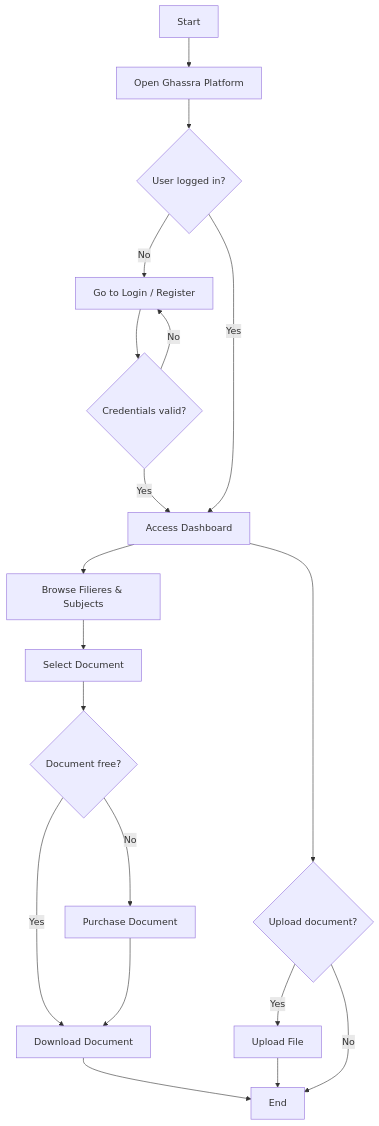
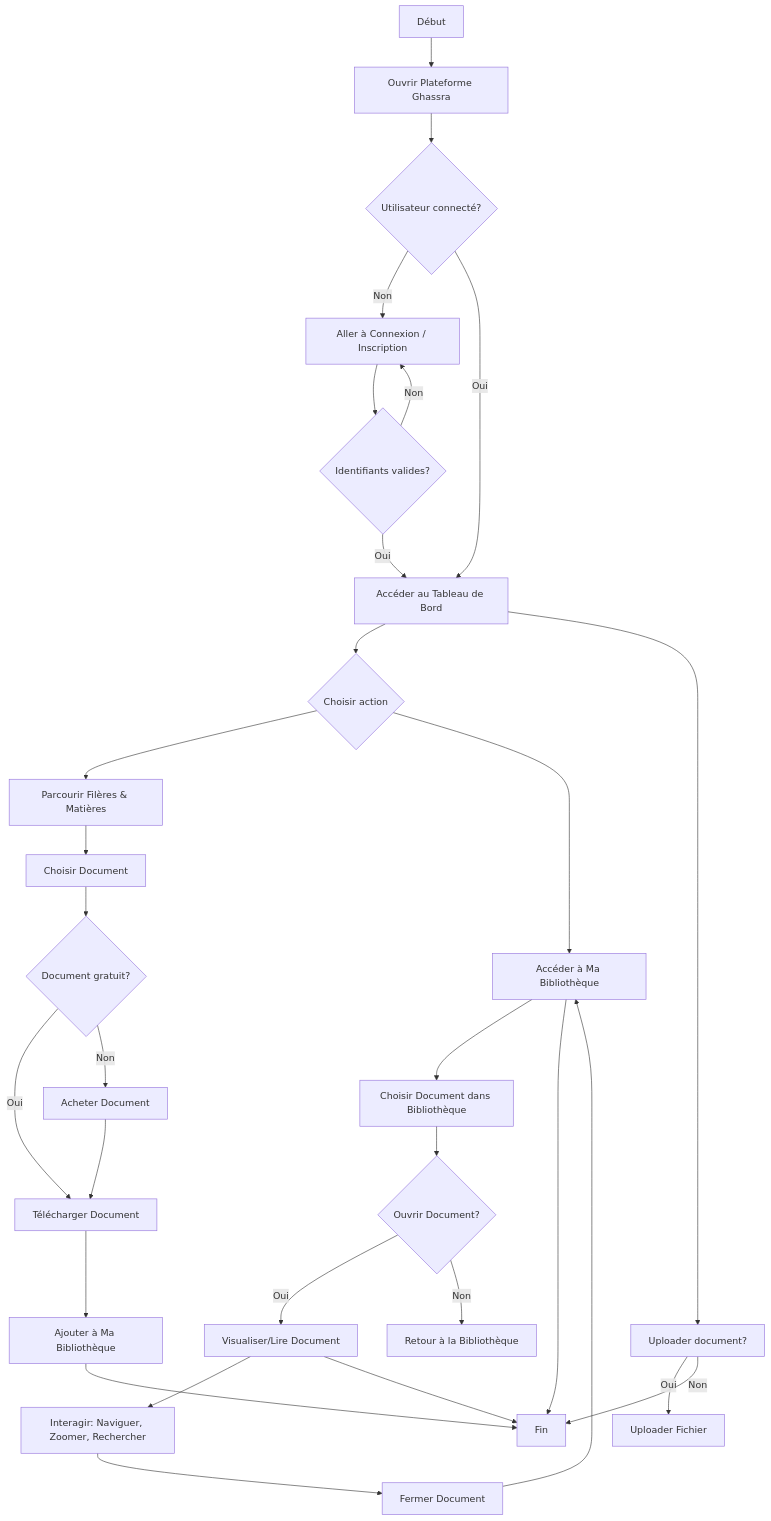
Before and after one commit to quinn618/WebProject: the diagram in conception/activity.md, drawn with Mermaid.

Commit message:
Update flowchart in activity diagram

````diff
--- a/conception/activity.md
+++ b/conception/activity.md
@@ -1,31 +1,42 @@
 ```mermaid
 flowchart TD
+Début --> OuvrirSite[Ouvrir Plateforme Ghassra]
 
-Start --> OpenSite[Open Ghassra Platform]
+OuvrirSite --> Connecté{Utilisateur connecté?}
 
-OpenSite --> Logged{User logged in?}
+Connecté -- Non --> PageLogin[Aller à Connexion / Inscription]
+PageLogin --> Auth{Identifiants valides?}
+Auth -- Non --> PageLogin
+Auth -- Oui --> TableauBord
 
-Logged -- No --> LoginPage[Go to Login / Register]
-LoginPage --> Auth{Credentials valid?}
+Connecté -- Oui --> TableauBord[Accéder au Tableau de Bord]
 
-Auth -- No --> LoginPage
-Auth -- Yes --> Dashboard
+TableauBord --> Action{Choisir action}
 
-Logged -- Yes --> Dashboard[Access Dashboard]
+Action --> Parcourir[Parcourir Filères & Matières]
+Action --> MaBibliothèque[Accéder à Ma Bibliothèque]
 
-Dashboard --> Browse[Browse Filieres & Subjects]
-Browse --> SelectDoc[Select Document]
+Parcourir --> ChoisirDoc[Choisir Document]
+ChoisirDoc --> Gratuit{Document gratuit?}
+Gratuit -- Oui --> Télécharger[Télécharger Document]
+Gratuit -- Non --> Acheter[Acheter Document]
+Acheter --> Télécharger
+Télécharger --> AjouterBibliothèque[Ajouter à Ma Bibliothèque]
 
-SelectDoc --> Free{Document free?}
+MaBibliothèque --> OuvrirDocChoisi[Choisir Document dans Bibliothèque]
+OuvrirDocChoisi --> Ouvrir{Ouvrir Document?}
+Ouvrir -- Oui --> Visualiser[Visualiser/Lire Document]
+Ouvrir -- Non --> RetourBibliothèque[Retour à la Bibliothèque]
 
-Free -- Yes --> Download[Download Document]
-Free -- No --> Buy[Purchase Document]
-Buy --> Download
+Visualiser --> Interagir[Interagir: Naviguer, Zoomer, Rechercher]
+Interagir --> Fermer[Fermer Document]
+Fermer --> MaBibliothèque
 
-Dashboard --> UploadChoice{Upload document?}
-UploadChoice -- Yes --> Upload[Upload File]
-UploadChoice -- No --> End
+TableauBord --> UploadChoix[Uploader document?]
+UploadChoix -- Oui --> Upload[Uploader Fichier]
+UploadChoix -- Non --> Fin
 
-Download --> End
-Upload --> End
+Visualiser --> Fin
+MaBibliothèque --> Fin
+AjouterBibliothèque --> Fin
 ```
````
